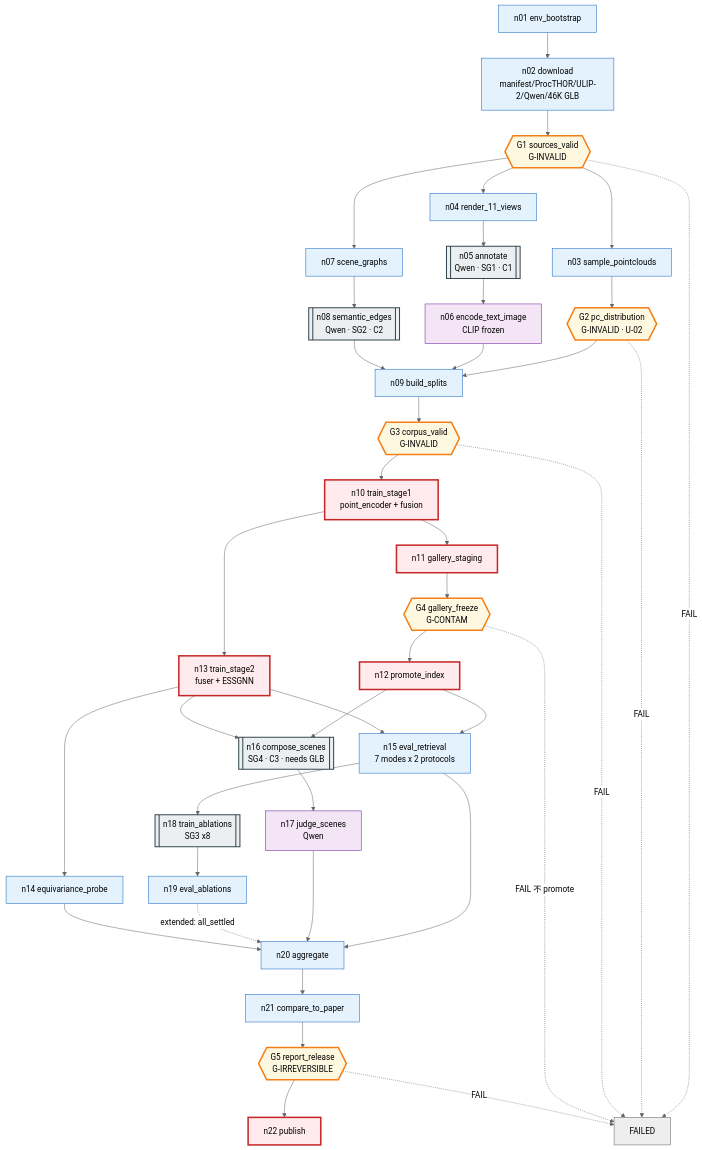
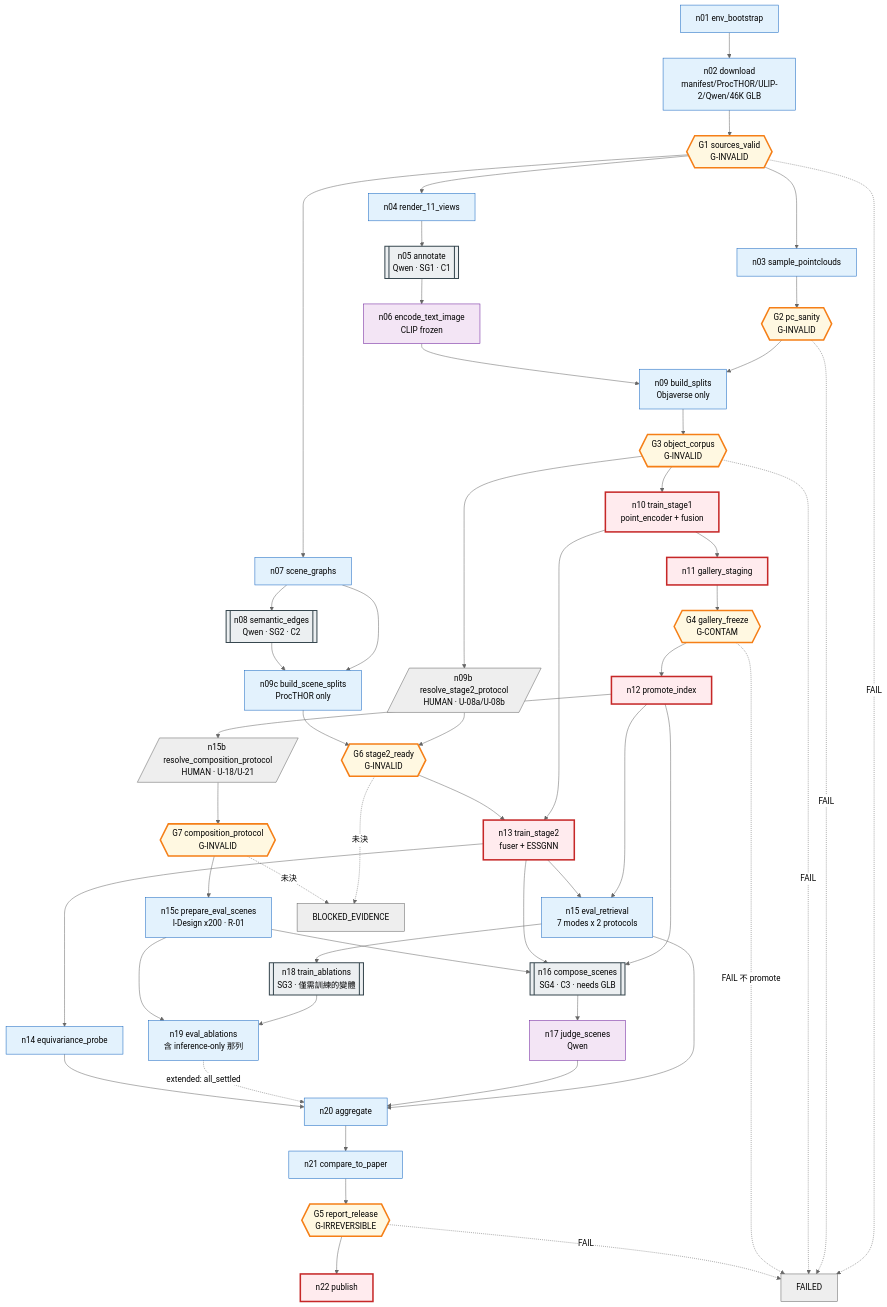
One commit to Kyzen5128/MetaFindV1 changed the diagram in docs/graph/01_GRAPH_SPEC.md. Above: the diagram before and after it, drawn with Mermaid (neutral theme). The commit also changed other lines of this file and 12 other files, not shown here.

````diff
--- a/docs/graph/01_GRAPH_SPEC.md
+++ b/docs/graph/01_GRAPH_SPEC.md
@@ -400,50 +437,63 @@
 ```mermaid
 graph TD
   classDef compute  fill:#e3f2fd,stroke:#1565c0
   classDef model    fill:#f3e5f5,stroke:#6a1b9a
   classDef mutate   fill:#ffebee,stroke:#c62828,stroke-width:3px
   classDef gate     fill:#fff8e1,stroke:#f57f17,stroke-width:3px
   classDef sub      fill:#eceff1,stroke:#37474f,stroke-width:2px
   classDef term     fill:#eeeeee,stroke:#616161
 
   n01[n01 env_bootstrap]:::compute --> n02[n02 download<br/>manifest/ProcTHOR/ULIP-2/Qwen/46K GLB]:::compute
   n02 --> G1{{G1 sources_valid<br/>G-INVALID}}:::gate
   G1 --> n03[n03 sample_pointclouds]:::compute
   G1 --> n04[n04 render_11_views]:::compute
   G1 --> n07[n07 scene_graphs]:::compute
-  n03 --> G2{{G2 pc_distribution<br/>G-INVALID · U-02}}:::gate
+  n03 --> G2{{G2 pc_sanity<br/>G-INVALID}}:::gate
   n04 --> n05[[n05 annotate<br/>Qwen · SG1 · C1]]:::sub
   n07 --> n08[[n08 semantic_edges<br/>Qwen · SG2 · C2]]:::sub
-  G2 --> n09[n09 build_splits]:::compute
+  G2 --> n09[n09 build_splits<br/>Objaverse only]:::compute
   n05 --> n06[n06 encode_text_image<br/>CLIP frozen]:::model
   n06 --> n09
-  n08 --> n09
-  n09 --> G3{{G3 corpus_valid<br/>G-INVALID}}:::gate
+  n07 --> n09c[n09c build_scene_splits<br/>ProcTHOR only]:::compute
+  n08 --> n09c
+  n09 --> G3{{G3 object_corpus<br/>G-INVALID}}:::gate
   G3 --> n10[n10 train_stage1<br/>point_encoder + fusion]:::mutate
+  G3 --> n09b[/n09b resolve_stage2_protocol<br/>HUMAN · U-08a/U-08b/]:::term
+  n09b --> G6{{G6 stage2_ready<br/>G-INVALID}}:::gate
+  n09c --> G6
   n10 --> n11[n11 gallery_staging]:::mutate
   n11 --> G4{{G4 gallery_freeze<br/>G-CONTAM}}:::gate
   G4 --> n12[n12 promote_index]:::mutate
   n10 --> n13[n13 train_stage2<br/>fuser + ESSGNN]:::mutate
+  G6 --> n13
   n13 --> n14[n14 equivariance_probe]:::compute
   n12 --> n15[n15 eval_retrieval<br/>7 modes x 2 protocols]:::compute
   n13 --> n15
+  n12 --> n15b[/n15b resolve_composition_protocol<br/>HUMAN · U-18/U-21/]:::term
+  n15b --> G7{{G7 composition_protocol<br/>G-INVALID}}:::gate
+  G7 --> n15c[n15c prepare_eval_scenes<br/>I-Design x200 · R-01]:::compute
   n12 --> n16[[n16 compose_scenes<br/>SG4 · C3 · needs GLB]]:::sub
   n13 --> n16
+  n15c --> n16
   n16 --> n17[n17 judge_scenes<br/>Qwen]:::model
-  n15 --> n18[[n18 train_ablations<br/>SG3 x8]]:::sub
-  n18 --> n19[n19 eval_ablations]:::compute
+  n15 --> n18[[n18 train_ablations<br/>SG3 · 僅需訓練的變體]]:::sub
+  n18 --> n19[n19 eval_ablations<br/>含 inference-only 那列]:::compute
+  n15c --> n19
   n15 --> n20[n20 aggregate]:::compute
   n17 --> n20
   n19 -.->|extended: all_settled| n20
   n14 --> n20
   n20 --> n21[n21 compare_to_paper]:::compute
   n21 --> G5{{G5 report_release<br/>G-IRREVERSIBLE}}:::gate
   G5 --> n22[n22 publish]:::mutate
 
   HALT[FAILED]:::term
+  BLOCK[BLOCKED_EVIDENCE]:::term
   G1 -.->|FAIL| HALT
   G2 -.->|FAIL| HALT
   G3 -.->|FAIL| HALT
   G4 -.->|FAIL 不 promote| HALT
   G5 -.->|FAIL| HALT
+  G6 -.->|未決| BLOCK
+  G7 -.->|未決| BLOCK
 ```
````
